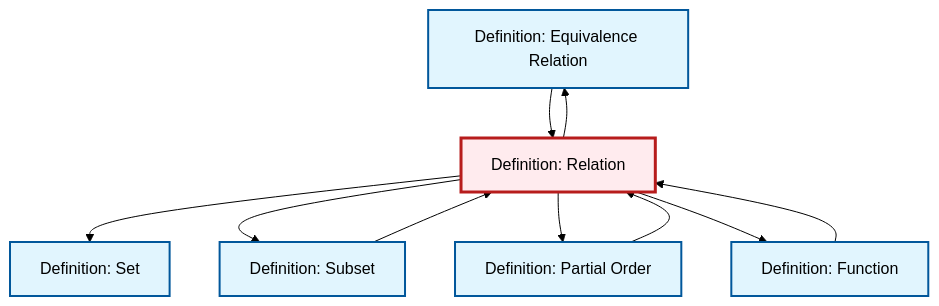
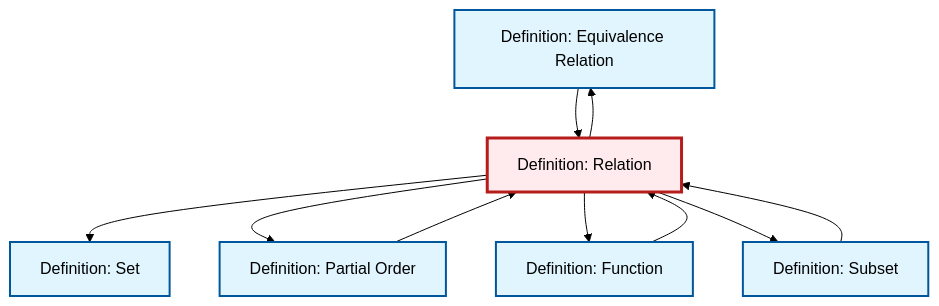
One commit to RK0429/ModernMath changed the diagram in content/en/logic-set-theory/def-relation.qmd. Above: the diagram before and after it, drawn with Mermaid (forest theme). The commit also changed other lines of this file and 654 other files, not shown here.

First line of the commit message:
fix: Update cross-references to equivalence relation in quotient ring definitions

````diff
--- a/content/en/logic-set-theory/def-relation.qmd
+++ b/content/en/logic-set-theory/def-relation.qmd
@@ -90,30 +90,30 @@
 ```{mermaid}
 %%| fig-cap: "Local dependency graph"
 graph TD
     classDef definition fill:#e1f5fe,stroke:#01579b,stroke-width:2px
     classDef theorem fill:#f3e5f5,stroke:#4a148c,stroke-width:2px
     classDef axiom fill:#fff3e0,stroke:#e65100,stroke-width:2px
     classDef example fill:#e8f5e9,stroke:#1b5e20,stroke-width:2px
     classDef current fill:#ffebee,stroke:#b71c1c,stroke-width:3px
+    def-set["Definition: Set"]:::definition
     def-equivalence-relation["Definition: Equivalence Relation"]:::definition
+    def-subset["Definition: Subset"]:::definition
+    def-relation["Definition: Relation"]:::definition
+    def-function["Definition: Function"]:::definition
     def-partial-order["Definition: Partial Order"]:::definition
-    def-subset["Definition: Subset"]:::definition
-    def-function["Definition: Function"]:::definition
-    def-relation["Definition: Relation"]:::definition
-    def-set["Definition: Set"]:::definition
     def-relation --> def-set
+    def-relation --> def-equivalence-relation
     def-subset --> def-relation
-    def-relation --> def-subset
-    def-relation --> def-equivalence-relation
-    def-function --> def-relation
     def-relation --> def-partial-order
     def-relation --> def-function
+    def-equivalence-relation --> def-relation
+    def-relation --> def-subset
     def-partial-order --> def-relation
-    def-equivalence-relation --> def-relation
+    def-function --> def-relation
     class def-relation current
+    click def-set "def-set.html" "Go to Set definition"
     click def-equivalence-relation "def-equivalence-relation.html" "Go to Equivalence Relation definition"
-    click def-partial-order "def-partial-order.html" "Go to Partial Order definition"
     click def-subset "def-subset.html" "Go to Subset definition"
     click def-function "def-function.html" "Go to Function definition"
-    click def-set "def-set.html" "Go to Set definition"
+    click def-partial-order "def-partial-order.html" "Go to Partial Order definition"
 ```
````
